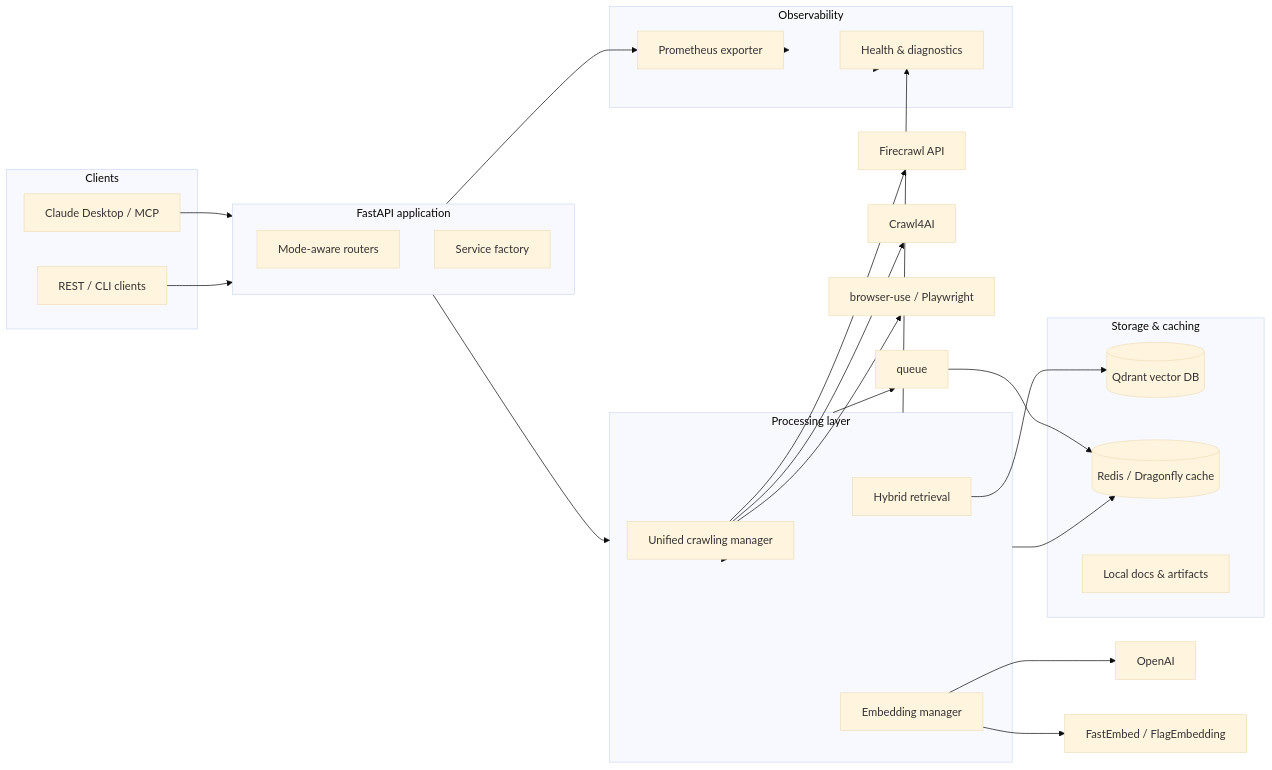
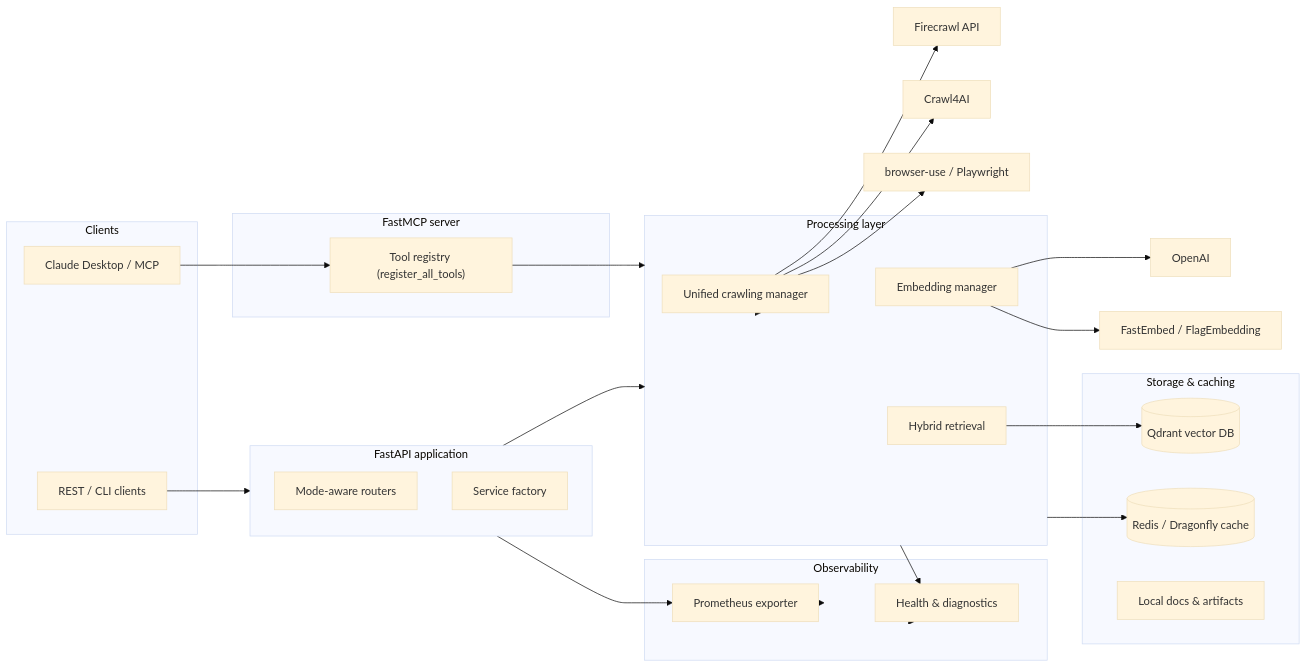
The diagram in README.md (BjornMelin/ai-docs-vector-db-hybrid-scraper), drawn with Mermaid (base theme) before and after one commit. The commit also changed other lines of this file and 19 other files, not shown here.

````diff
--- a/README.md
+++ b/README.md
@@ -65,49 +65,52 @@
 ```mermaid
 flowchart LR
     subgraph clients["Clients"]
         mcp["Claude Desktop / MCP"]
         rest["REST / CLI clients"]
+    end
+
+    subgraph mcp_server["FastMCP server"]
+        registry["Tool registry (register_all_tools)"]
     end
 
     subgraph api["FastAPI application"]
         router["Mode-aware routers"]
         factory["Service factory"]
     end
 
     subgraph processing["Processing layer"]
         crawl["Unified crawling manager"]
         embed["Embedding manager"]
         search["Hybrid retrieval"]
     end
 
     subgraph data["Storage & caching"]
         qdrant[("Qdrant vector DB")]
         redis[("Redis / Dragonfly cache")]
         storage["Local docs & artifacts"]
     end
 
     subgraph observability["Observability"]
         metrics["Prometheus exporter"]
         health["Health & diagnostics"]
     end
 
-    mcp --> api
+    mcp --> registry
+    registry --> processing
     rest --> api
     api --> processing
     processing --> crawl
     processing --> embed
     processing --> search
-    processing --> queue
     crawl --> firecrawl["Firecrawl API"]
     crawl --> crawl4ai["Crawl4AI"]
     crawl --> browseruse["browser-use / Playwright"]
     embed --> openai["OpenAI"]
     embed --> fastembed["FastEmbed / FlagEmbedding"]
     search --> qdrant
-    queue --> redis
     processing --> redis
     api --> metrics
     metrics --> observability
     processing --> health
     health --> observability
 ```
````
